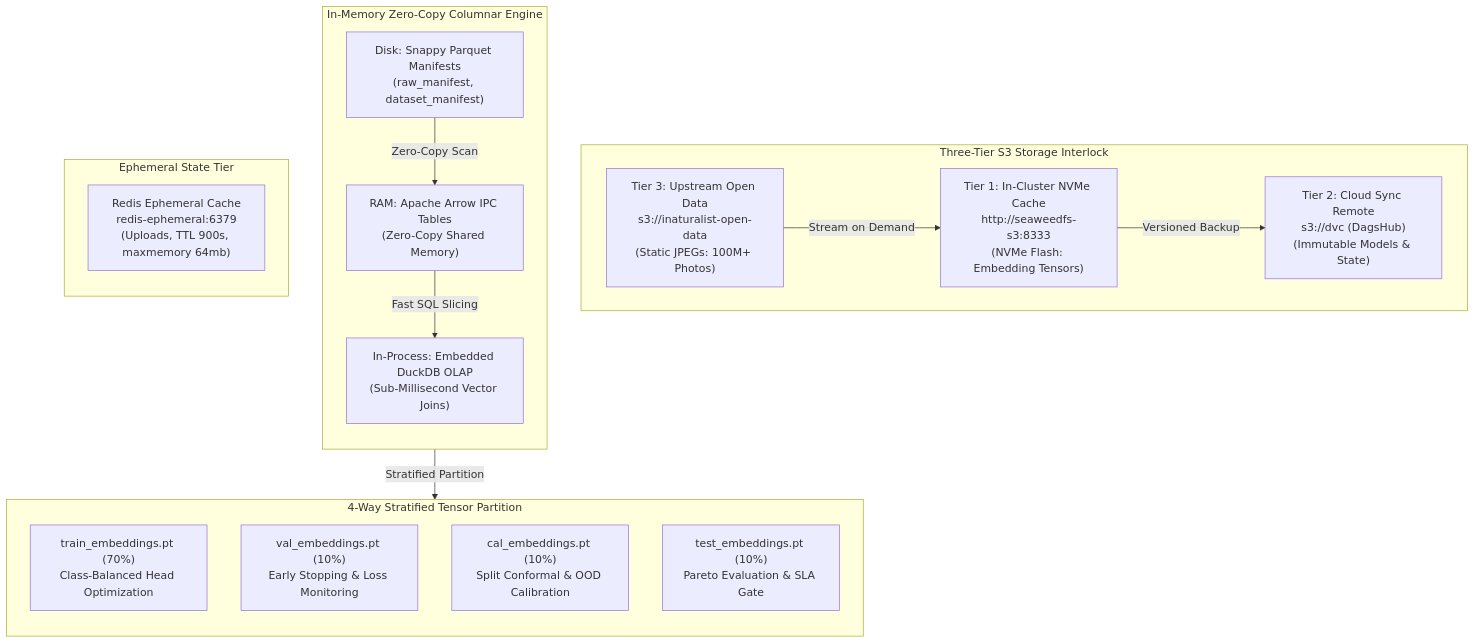
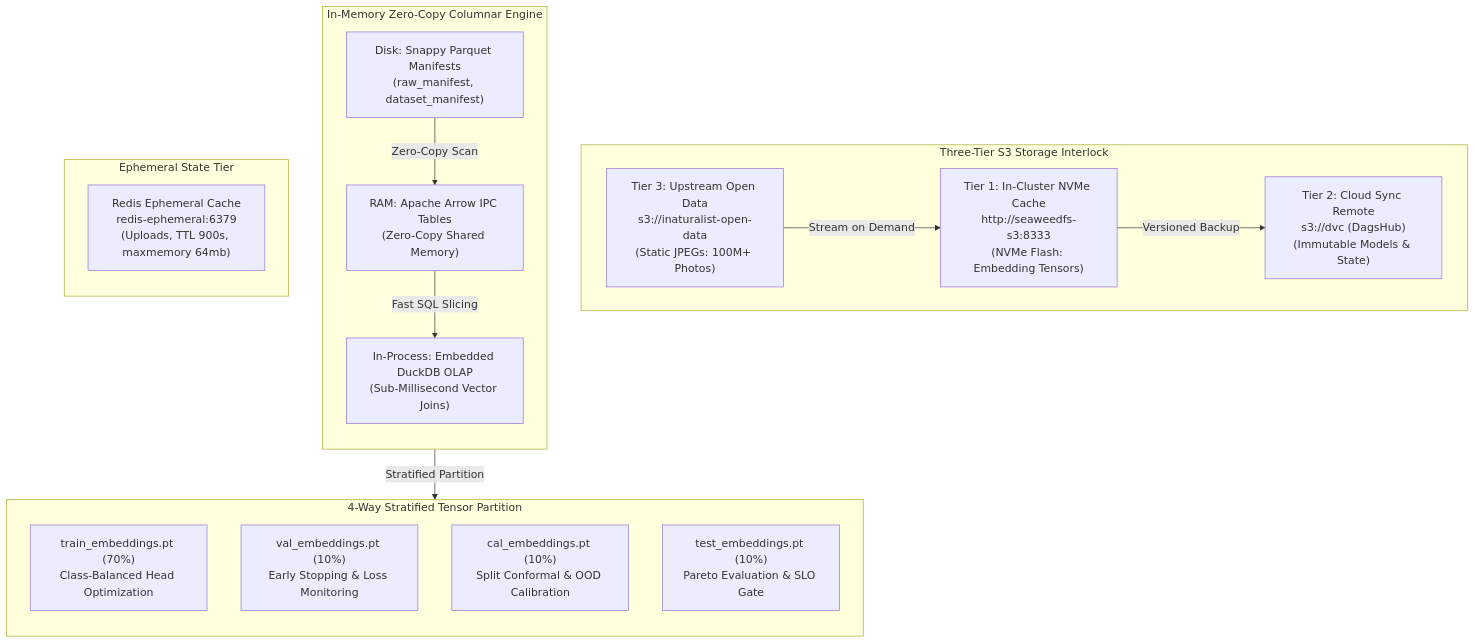
The first of 3 diagrams in docs/mlops_pipeline/storage_and_databases.md (foersben/taxon-vision-mlops), drawn with Mermaid before and after one commit. The commit also changed other lines of this file and 52 other files, not shown here.

First line of the commit message:
refactor(governance): adjust SLA nomenclature to Service Level Objective (SLO) across codebase

````diff
--- a/docs/mlops_pipeline/storage_and_databases.md
+++ b/docs/mlops_pipeline/storage_and_databases.md
@@ -17,36 +17,36 @@
 ```mermaid
 flowchart TD
     subgraph S3Interlock["Three-Tier S3 Storage Interlock"]
         direction LR
         S3Upstream["Tier 3: Upstream Open Data<br/>s3://inaturalist-open-data<br/>(Static JPEGs: 100M+ Photos)"]
         S3Edge["Tier 1: In-Cluster NVMe Cache<br/>http://seaweedfs-s3:8333<br/>(NVMe Flash: Embedding Tensors)"]
         S3Cloud["Tier 2: Cloud Sync Remote<br/>s3://dvc (DagsHub)<br/>(Immutable Models & State)"]
     end
 
     subgraph ColumnarEngine["In-Memory Zero-Copy Columnar Engine"]
         direction TB
         ParquetDisk["Disk: Snappy Parquet Manifests<br/>(raw_manifest, dataset_manifest)"]
         ArrowIPC["RAM: Apache Arrow IPC Tables<br/>(Zero-Copy Shared Memory)"]
         DuckDBQuery["In-Process: Embedded DuckDB OLAP<br/>(Sub-Millisecond Vector Joins)"]
     end
 
     subgraph TensorSplits["4-Way Stratified Tensor Partition"]
         direction TB
         TrainT["train_embeddings.pt (70%)<br/>Class-Balanced Head Optimization"]
         ValT["val_embeddings.pt (10%)<br/>Early Stopping & Loss Monitoring"]
         CalT["cal_embeddings.pt (10%)<br/>Split Conformal & OOD Calibration"]
-        TestT["test_embeddings.pt (10%)<br/>Pareto Evaluation & SLA Gate"]
+        TestT["test_embeddings.pt (10%)<br/>Pareto Evaluation & SLO Gate"]
     end
 
     subgraph EphemeralTier["Ephemeral State Tier"]
         direction TB
         RedisNode["Redis Ephemeral Cache<br/>redis-ephemeral:6379<br/>(Uploads, TTL 900s, maxmemory 64mb)"]
     end
 
     S3Upstream -->|Stream on Demand| S3Edge
     S3Edge -->|Versioned Backup| S3Cloud
 
     ParquetDisk -->|Zero-Copy Scan| ArrowIPC
     ArrowIPC -->|Fast SQL Slicing| DuckDBQuery
     DuckDBQuery -->|Stratified Partition| TensorSplits
 ```
````
